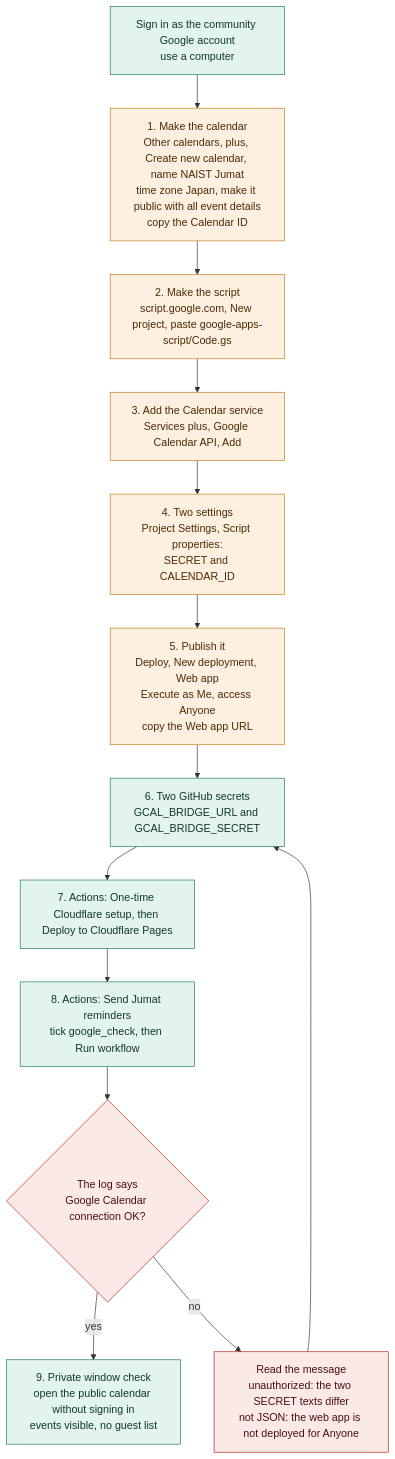
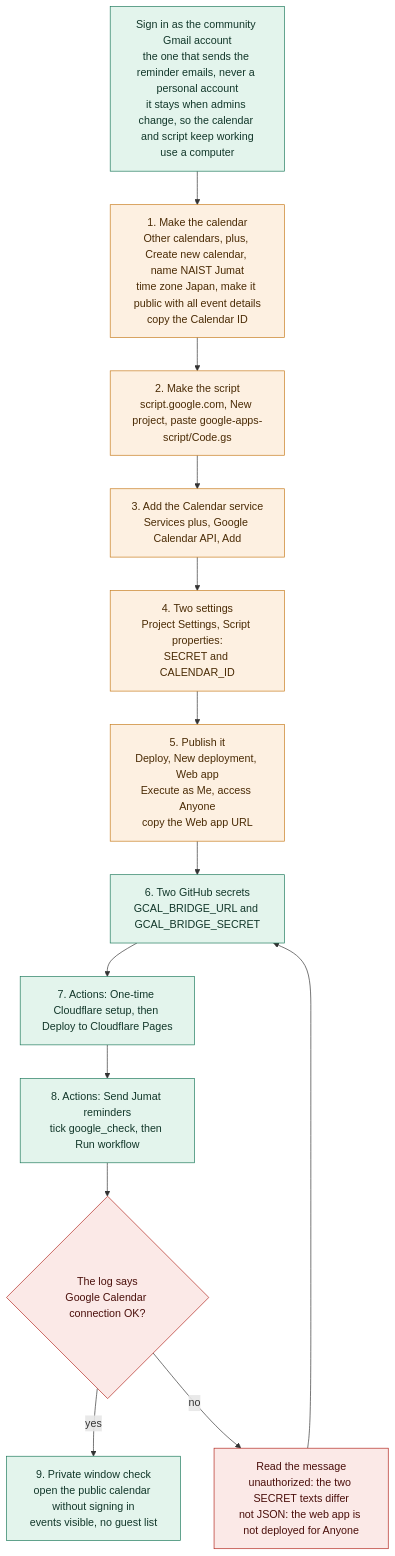
One commit to mushaffarasyidridha/Jumat-Scheduler-NAIST changed diagram 12 of 12 in docs/GUIDE.md. Above: the diagram before and after it, drawn with Mermaid. The commit also changed other lines of this file and 5 other files, not shown here.

First line of the commit message:
Guide: the community Gmail stays when the admin changes

````diff
--- a/docs/GUIDE.md
+++ b/docs/GUIDE.md
@@ -455,22 +453,22 @@
 ```mermaid
 flowchart TD
-  A["Sign in as the community Google account<br/>use a computer"] --> B["1. Make the calendar<br/>Other calendars, plus, Create new calendar, name NAIST Jumat<br/>time zone Japan, make it public with all event details<br/>copy the Calendar ID"]
+  A["Sign in as the community Gmail account<br/>the one that sends the reminder emails, never a personal account<br/>it stays when admins change, so the calendar and script keep working<br/>use a computer"] --> B["1. Make the calendar<br/>Other calendars, plus, Create new calendar, name NAIST Jumat<br/>time zone Japan, make it public with all event details<br/>copy the Calendar ID"]
   B --> C["2. Make the script<br/>script.google.com, New project, paste google-apps-script/Code.gs"]
   C --> D["3. Add the Calendar service<br/>Services plus, Google Calendar API, Add"]
   D --> E["4. Two settings<br/>Project Settings, Script properties:<br/>SECRET and CALENDAR_ID"]
   E --> F["5. Publish it<br/>Deploy, New deployment, Web app<br/>Execute as Me, access Anyone<br/>copy the Web app URL"]
   F --> G["6. Two GitHub secrets<br/>GCAL_BRIDGE_URL and GCAL_BRIDGE_SECRET"]
   G --> H["7. Actions: One-time Cloudflare setup, then Deploy to Cloudflare Pages"]
   H --> I["8. Actions: Send Jumat reminders<br/>tick google_check, then Run workflow"]
   I --> J{"The log says<br/>Google Calendar connection OK?"}
   J -->|"yes"| K["9. Private window check<br/>open the public calendar without signing in<br/>events visible, no guest list"]
   J -->|"no"| L["Read the message<br/>unauthorized: the two SECRET texts differ<br/>not JSON: the web app is not deployed for Anyone"]
   L --> G
 
   classDef admin fill:#e3f4ec,stroke:#1f7a5c,color:#12372a
   classDef out fill:#fdf0e1,stroke:#c77b1c,color:#4a2b05
   classDef warn fill:#fbe9e7,stroke:#b3261e,color:#4a0f0b
   class A,G,H,I,K admin
   class B,C,D,E,F out
   class J,L warn
 ```
````
